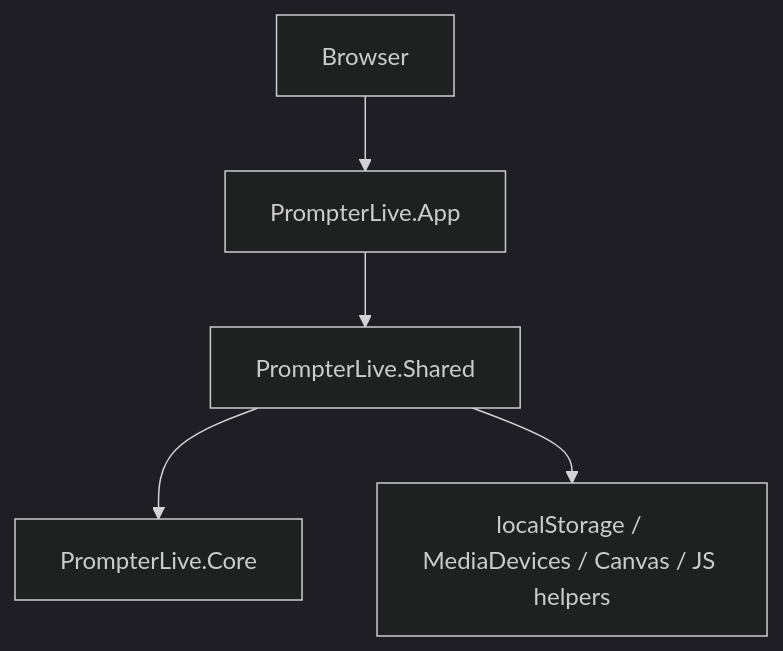
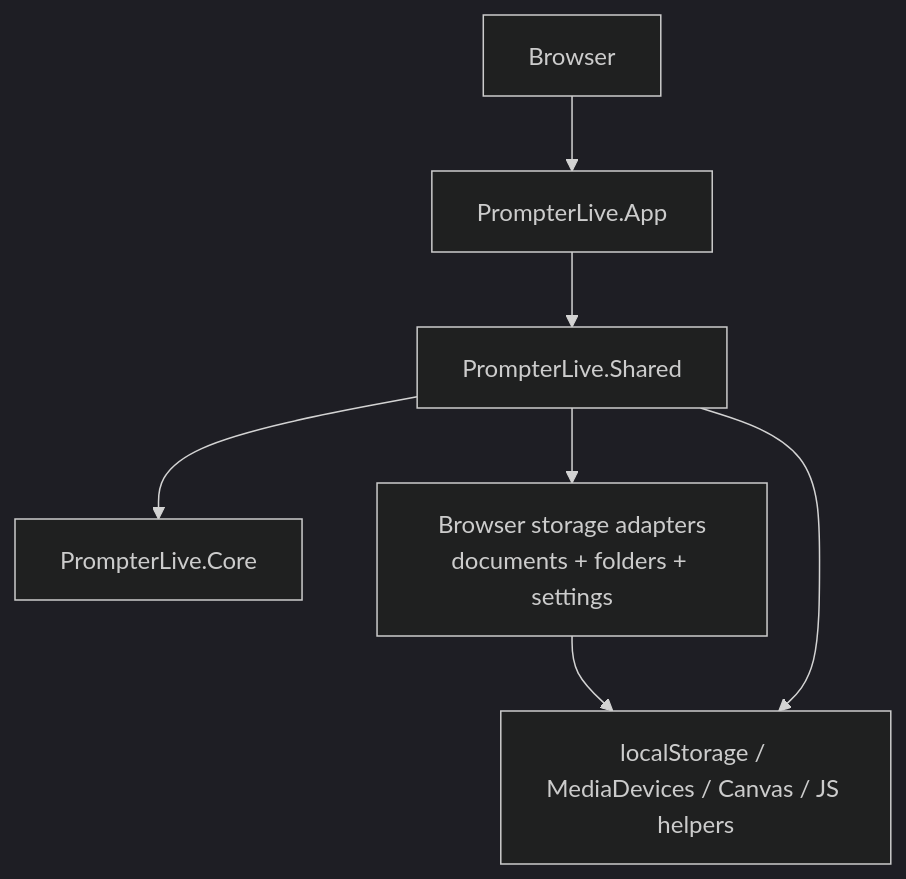
The second of 6 diagrams in docs/Architecture.md (managedcode/PrompterLive), drawn with Mermaid (dark theme) before and after one commit. The commit also changed other lines of this file and 46 other files, not shown here.

````diff
--- a/docs/Architecture.md
+++ b/docs/Architecture.md
@@ -38,13 +38,16 @@
 ```mermaid
 flowchart TD
     Browser["Browser"]
     WasmHost["PrompterLive.App"]
     Ui["PrompterLive.Shared"]
     Domain["PrompterLive.Core"]
+    BrowserStorage["Browser storage adapters<br/>documents + folders + settings"]
     WebApis["localStorage / MediaDevices / Canvas / JS helpers"]
 
     Browser --> WasmHost
     WasmHost --> Ui
     Ui --> Domain
+    Ui --> BrowserStorage
+    BrowserStorage --> WebApis
     Ui --> WebApis
 ```
````
